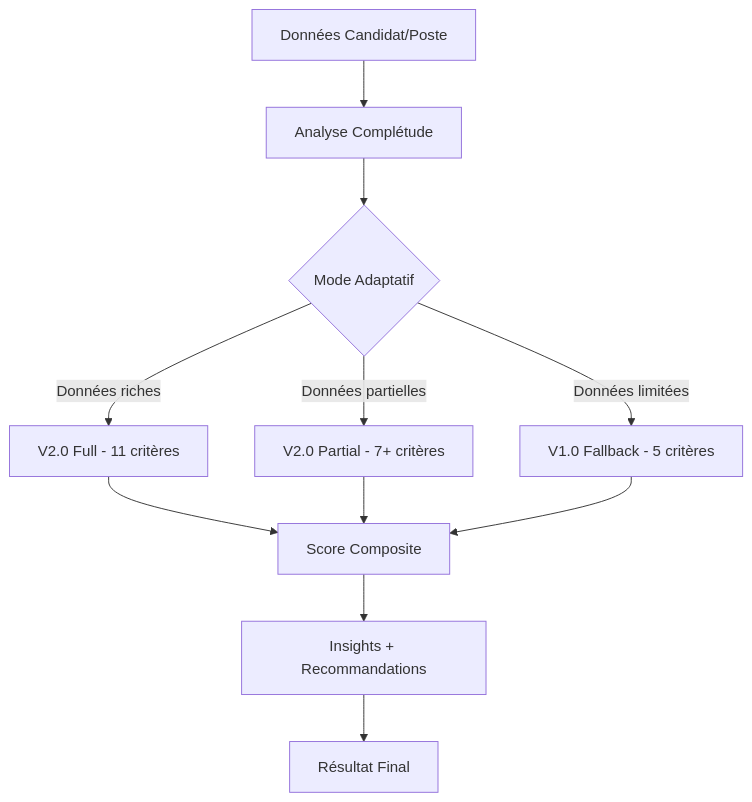
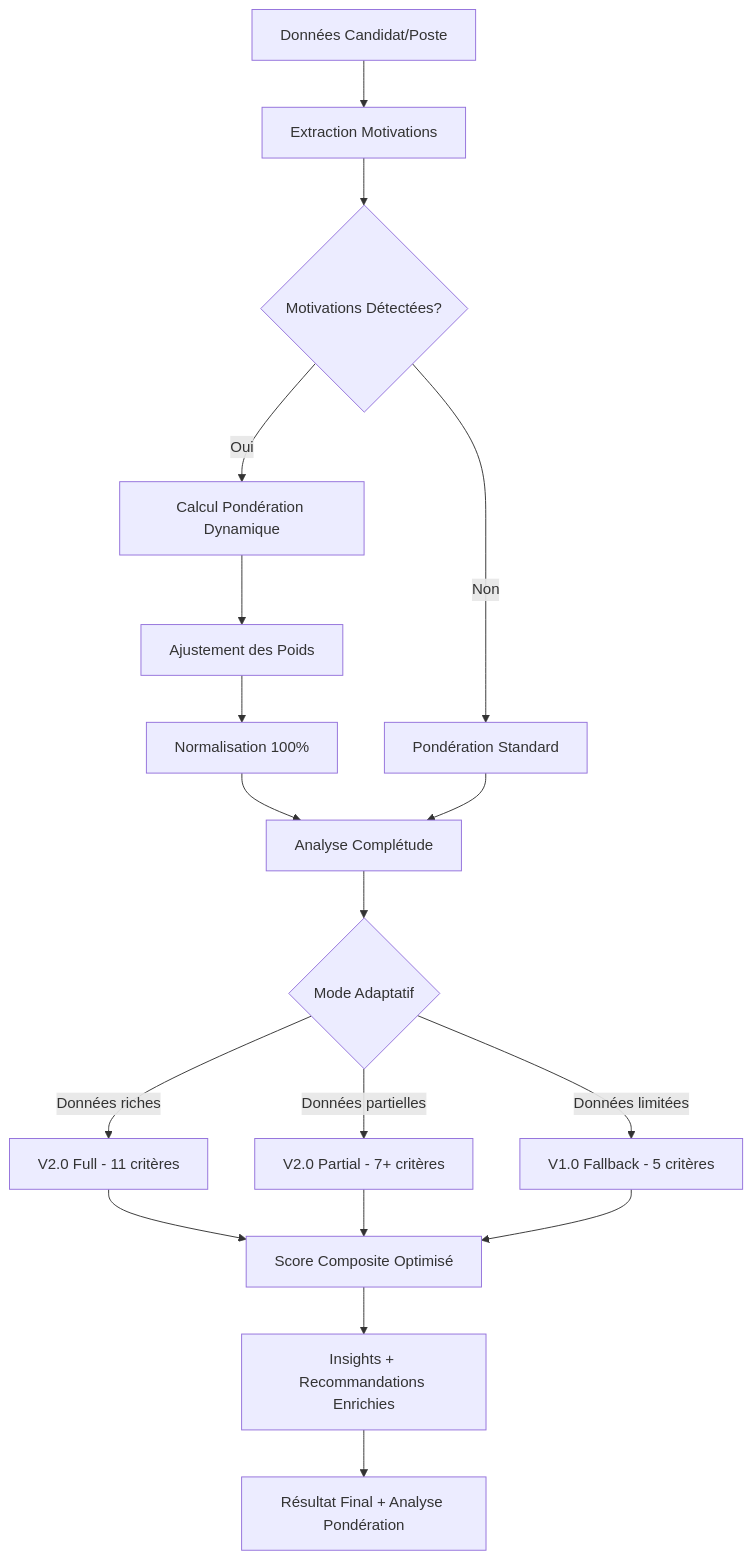
The diagram in js/engines/nexten-v2/README.md (Bapt252/Commitment-), drawn with Mermaid before and after one commit. The commit also changed other lines of this file, not shown here.

First line of the commit message:
docs: Mise à jour README principal avec pondération dynamique

````diff
--- a/js/engines/nexten-v2/README.md
+++ b/js/engines/nexten-v2/README.md
@@ -217,13 +492,20 @@
 ```mermaid
 graph TD
-    A[Données Candidat/Poste] --> B[Analyse Complétude]
-    B --> C{Mode Adaptatif}
-    C -->|Données riches| D[V2.0 Full - 11 critères]
-    C -->|Données partielles| E[V2.0 Partial - 7+ critères]
-    C -->|Données limitées| F[V1.0 Fallback - 5 critères]
-    D --> G[Score Composite]
-    E --> G
-    F --> G
-    G --> H[Insights + Recommandations]
-    H --> I[Résultat Final]
+    A[Données Candidat/Poste] --> B[Extraction Motivations]
+    B --> C{Motivations Détectées?}
+    C -->|Oui| D[Calcul Pondération Dynamique]
+    C -->|Non| E[Pondération Standard]
+    D --> F[Ajustement des Poids]
+    F --> G[Normalisation 100%]
+    G --> H[Analyse Complétude]
+    E --> H
+    H --> I{Mode Adaptatif}
+    I -->|Données riches| J[V2.0 Full - 11 critères]
+    I -->|Données partielles| K[V2.0 Partial - 7+ critères] 
+    I -->|Données limitées| L[V1.0 Fallback - 5 critères]
+    J --> M[Score Composite Optimisé]
+    K --> M
+    L --> M
+    M --> N[Insights + Recommandations Enrichies]
+    N --> O[Résultat Final + Analyse Pondération]
 ```
````
